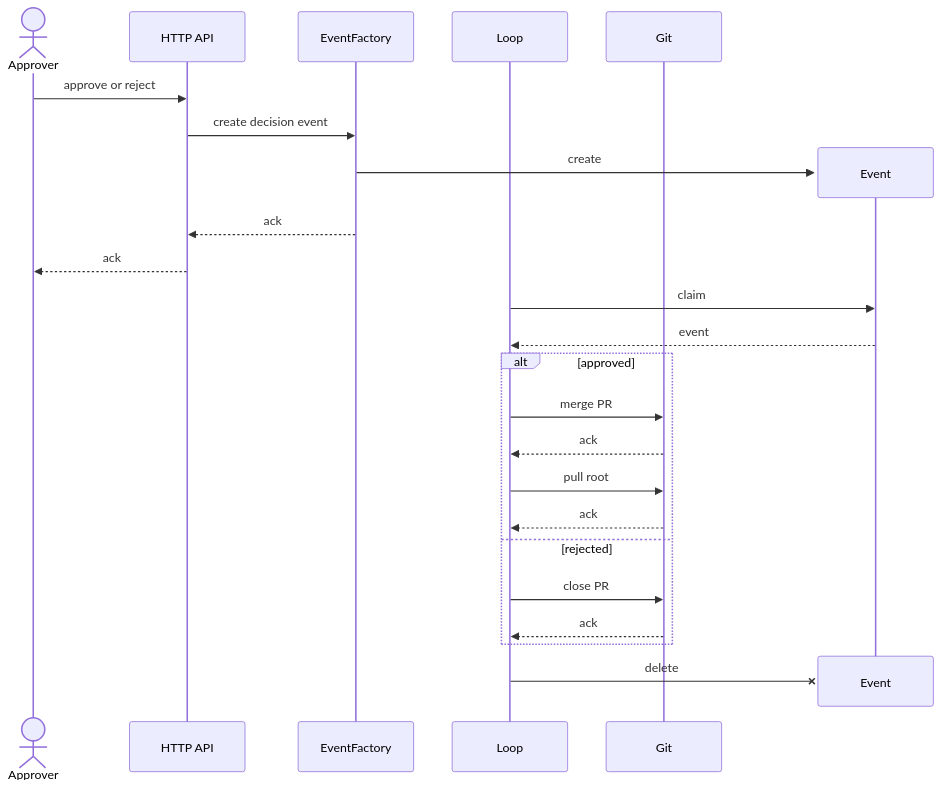
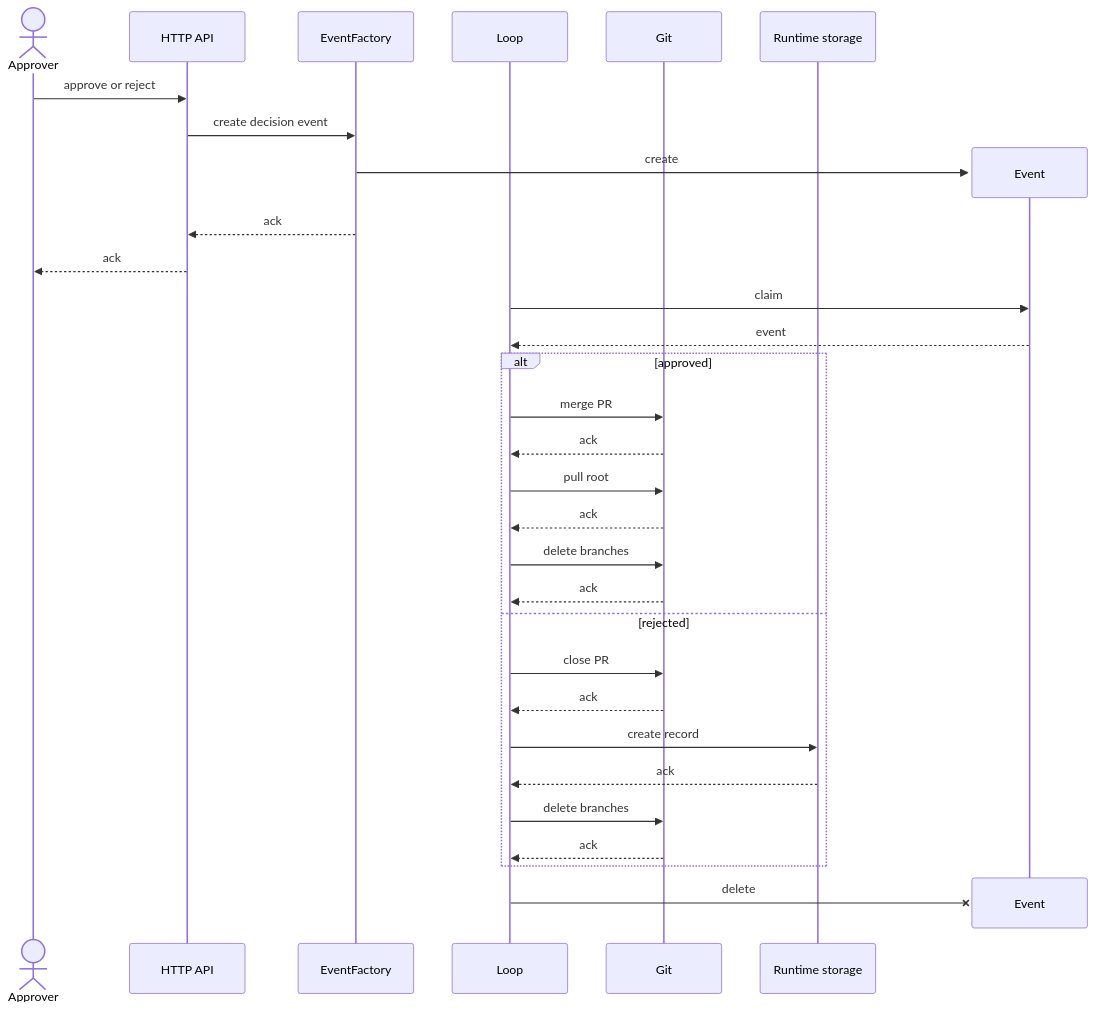
Before and after one commit to longlh/superteam: the third of 3 diagrams in docs/architecture.md, drawn with Mermaid. The commit also changed other lines of this file and 3 other files, not shown here.

First line of the commit message:
Settle the list of works, the deletion of branches and the git adapter

````diff
--- a/docs/architecture.md
+++ b/docs/architecture.md
@@ -172,28 +175,35 @@
 ```mermaid
 sequenceDiagram
     actor Approver
     participant API as HTTP API
     participant Factory as EventFactory
     participant L as Loop
     participant Git
+    participant Runtime as Runtime storage
 
     Approver->>API: approve or reject
     API->>Factory: create decision event
     create participant Event
     Factory->>Event: create
     Factory-->>API: ack
     API-->>Approver: ack
     L->>Event: claim
     Event-->>L: event
     alt approved
         L->>Git: merge PR
         Git-->>L: ack
         L->>Git: pull root
         Git-->>L: ack
+        L->>Git: delete branches
+        Git-->>L: ack
     else rejected
         L->>Git: close PR
+        Git-->>L: ack
+        L->>Runtime: create record
+        Runtime-->>L: ack
+        L->>Git: delete branches
         Git-->>L: ack
     end
     destroy Event
     L-xEvent: delete
 ```
````
